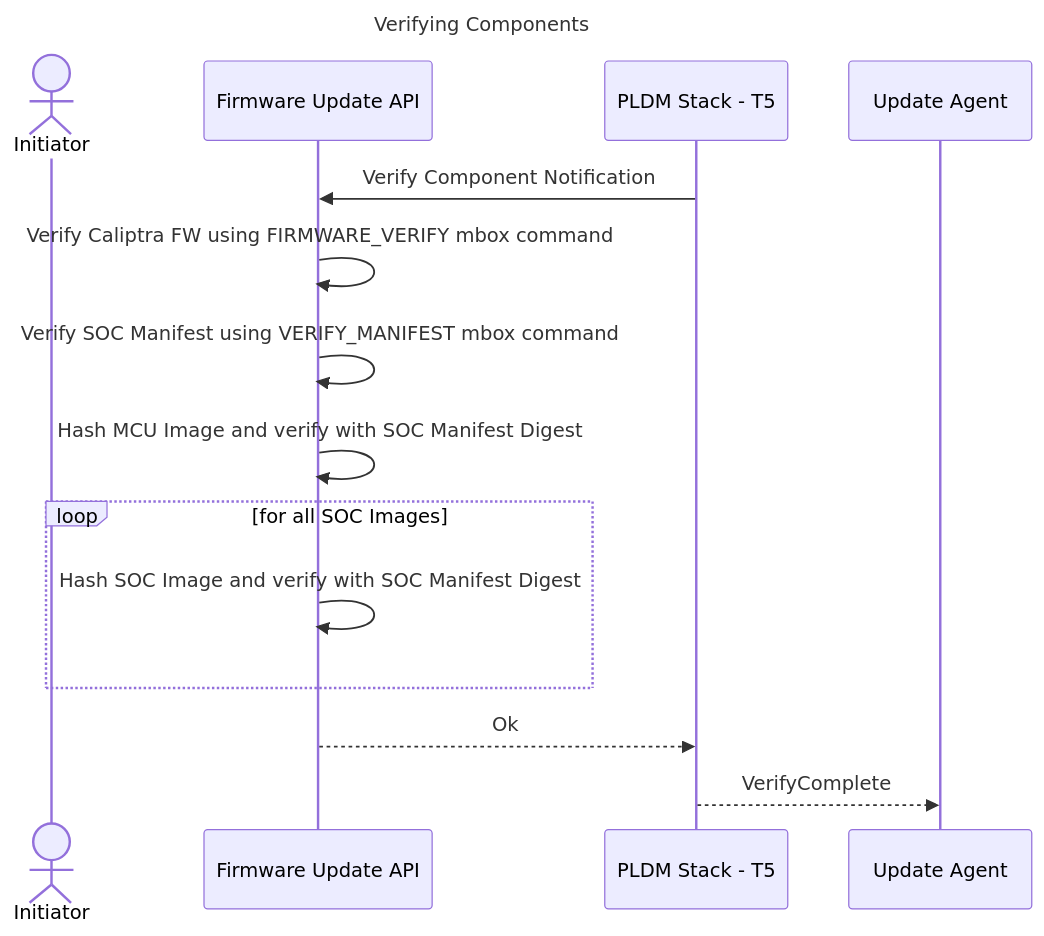
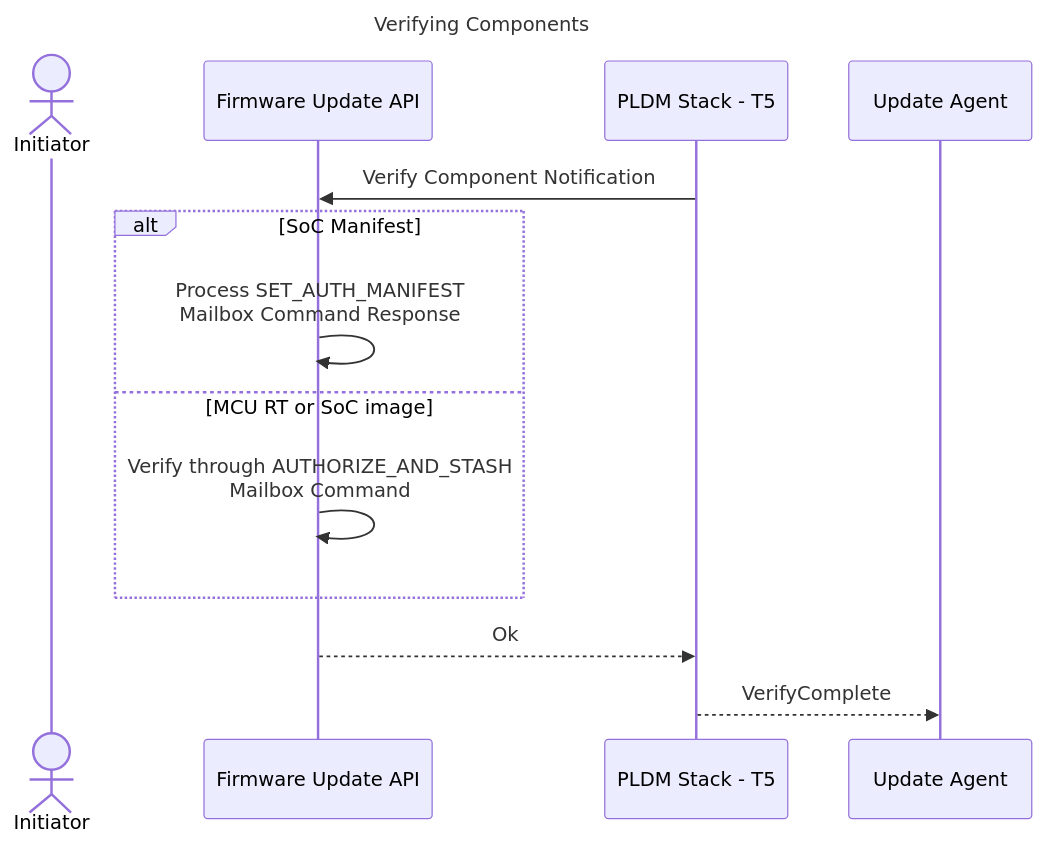
The seventh of 9 diagrams in docs/src/firmware_update.md (chipsalliance/caliptra-mcu-sw), drawn with Mermaid before and after one commit. The commit also changed other lines of this file and 905 other files, not shown here.

````diff
--- a/docs/src/firmware_update.md
+++ b/docs/src/firmware_update.md
@@ -131,21 +148,20 @@
 ```mermaid
 sequenceDiagram
     title Verifying Components
 
     actor App as Initiator
     participant API as Firmware Update API
     participant Firmware as PLDM Stack - T5
     participant PLDM as Update Agent
 
     Firmware->>API: Verify Component Notification
 
-    API->>API: Verify Caliptra FW using FIRMWARE_VERIFY mbox command
-    API->>API: Verify SOC Manifest using VERIFY_MANIFEST mbox command
-    API->>API: Hash MCU Image and verify with SOC Manifest Digest
-    loop for all SOC Images
-        API->>API: Hash SOC Image and verify with SOC Manifest Digest
+    alt SoC Manifest
+        API->>API: Process SET_AUTH_MANIFEST<br/> Mailbox Command Response
+    else MCU RT or SoC image
+        API->>API: Verify through AUTHORIZE_AND_STASH<br/>Mailbox Command
     end
 
     API-->>Firmware: Ok
     Firmware-->>PLDM: VerifyComplete
 ```
````
